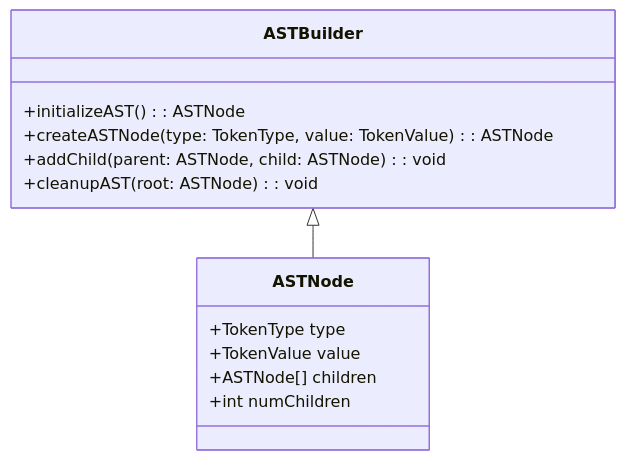
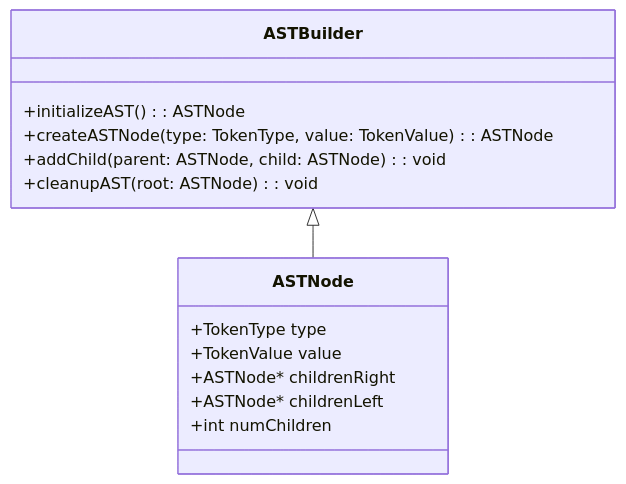
One commit to algosup/2023-2024-project-3-virtual-processor-team-1 changed the second of 4 diagrams in Documents/TechnicalSpecifications.md. Above: the diagram before and after it, drawn with Mermaid. The commit also changed other lines of this file, not shown here.

````diff
--- a/Documents/TechnicalSpecifications.md
+++ b/Documents/TechnicalSpecifications.md
@@ -343,19 +343,20 @@
   ```mermaid
   classDiagram
   class ASTNode {
     +TokenType type
     +TokenValue value
-    +ASTNode[] children
+    +ASTNode* childrenRight
+    +ASTNode* childrenLeft
     +int numChildren
   }
 
   class ASTBuilder {
     +initializeAST(): ASTNode
     +createASTNode(type: TokenType, value: TokenValue): ASTNode
     +addChild(parent: ASTNode, child: ASTNode): void
     +cleanupAST(root: ASTNode): void
   }
 
    ASTBuilder <|-- ASTNode
 
   ```
````
